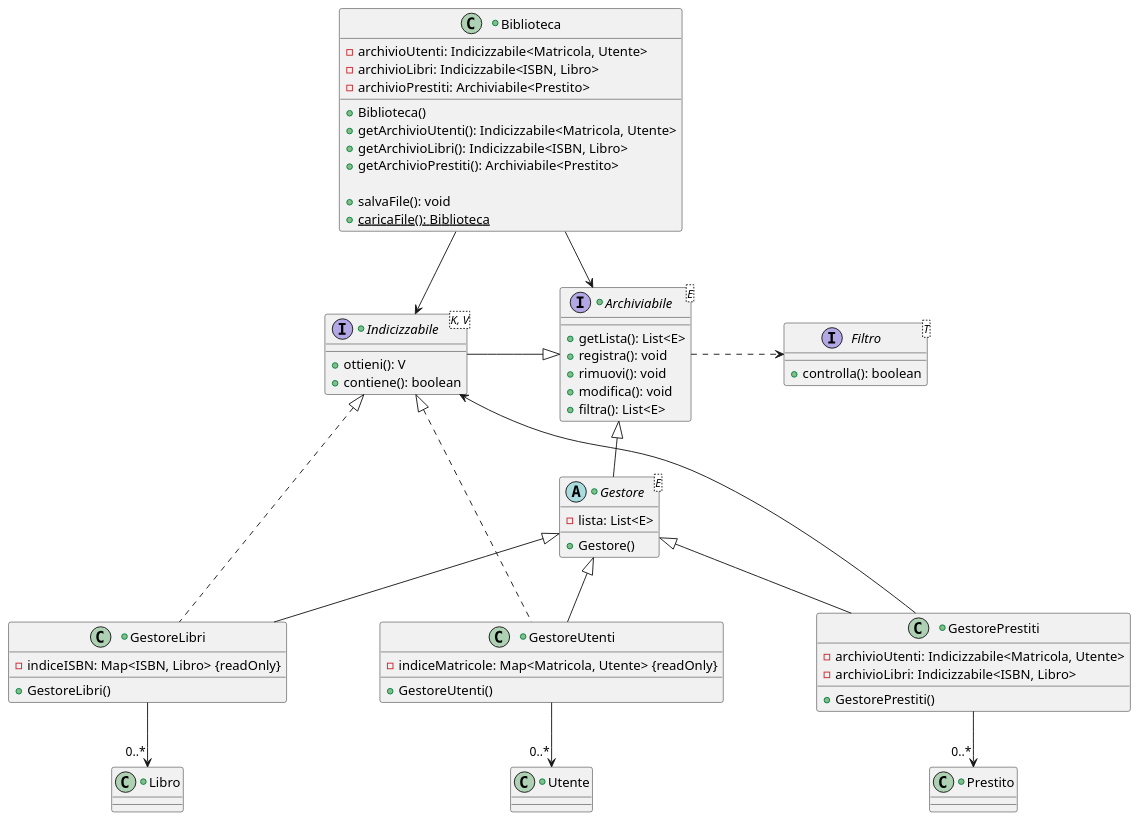
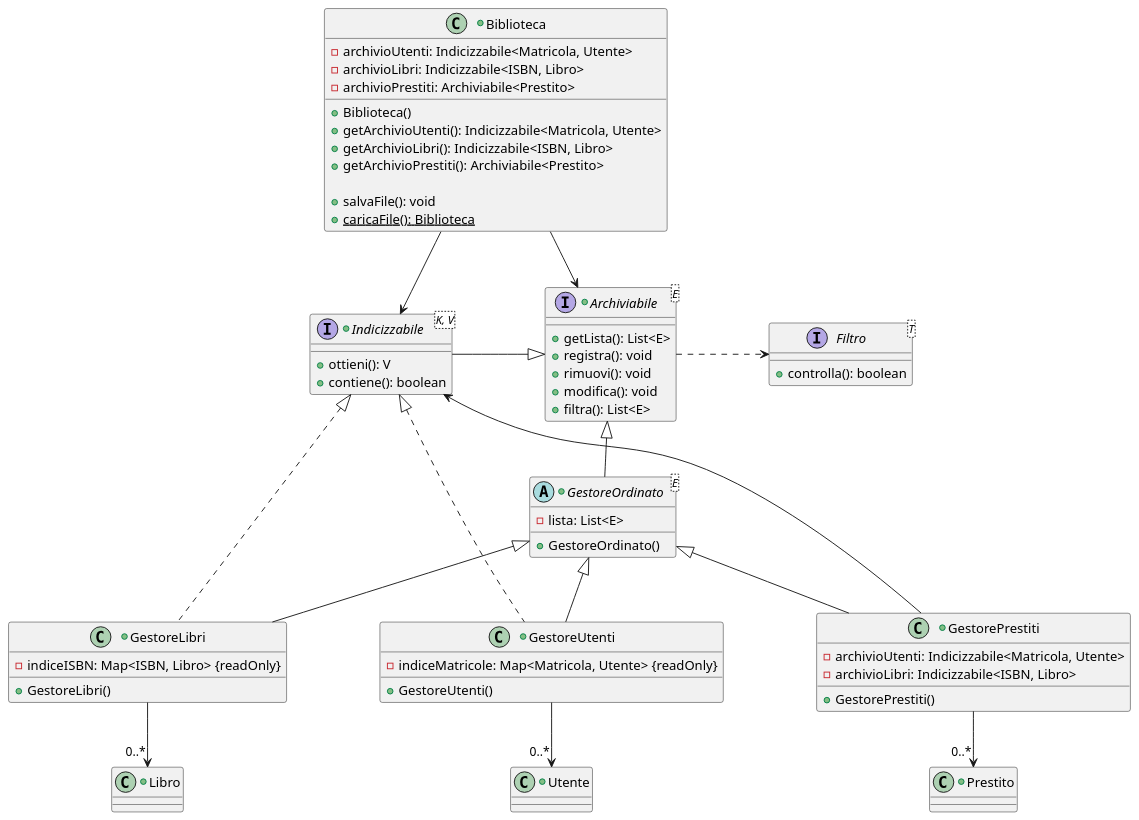
The diagram in docs/uml/classesGestori.puml (Meziu/easylibrary), drawn with PlantUML before and after one commit.

Commit message:
Modifica nome Gestore

```diff
--- a/docs/uml/classesGestori.puml
+++ b/docs/uml/classesGestori.puml
@@ -1,93 +1,93 @@
 @startuml
 skinparam nodesep 100
 scale 1400*1400
 
 interface Filtro<T> {
     +controlla(): boolean
 }
 
 together {
     +interface Archiviabile<E> {
         +getLista(): List<E>
         +registra(): void
         +rimuovi(): void
         +modifica(): void
         +filtra(): List<E>
     }
 
     +interface Indicizzabile<K, V> {
         +ottieni(): V
         +contiene(): boolean
     }
 }
 
 +class Utente {
 }
 
 +class Libro{
 }
 
 +class Prestito{
 }
 
 
 +class Biblioteca {
     -archivioUtenti: Indicizzabile<Matricola, Utente>
     -archivioLibri: Indicizzabile<ISBN, Libro>
     -archivioPrestiti: Archiviabile<Prestito>
 
     +Biblioteca()
     +getArchivioUtenti(): Indicizzabile<Matricola, Utente>
     +getArchivioLibri(): Indicizzabile<ISBN, Libro>
     +getArchivioPrestiti(): Archiviabile<Prestito>
 
     +salvaFile(): void
     +caricaFile(): Biblioteca {static}
 }
 
-+abstract class Gestore<E> {
++abstract class GestoreOrdinato<E> {
     -lista: List<E>
 
-    +Gestore()
+    +GestoreOrdinato()
 }
 
 together {
-    +class GestoreLibri extends Gestore {
+    +class GestoreLibri extends GestoreOrdinato {
         -indiceISBN: Map<ISBN, Libro> {readOnly}
 
         +GestoreLibri()
     }
 
 
-    +class GestoreUtenti extends Gestore {
+    +class GestoreUtenti extends GestoreOrdinato {
         -indiceMatricole: Map<Matricola, Utente> {readOnly}
 
         +GestoreUtenti()
     }
 
 
-    +class GestorePrestiti extends Gestore {
+    +class GestorePrestiti extends GestoreOrdinato {
         -archivioUtenti: Indicizzabile<Matricola, Utente>
         -archivioLibri: Indicizzabile<ISBN, Libro>
 
         +GestorePrestiti()
     }
 }
 
-Gestore -up-|> Archiviabile
+GestoreOrdinato -up-|> Archiviabile
 
 Biblioteca --> Archiviabile
 Biblioteca --> Indicizzabile
 
 Indicizzabile -right-|> Archiviabile
 Archiviabile .right.> Filtro
 
 GestoreLibri .up.|> Indicizzabile
 GestoreUtenti .up.|> Indicizzabile
 
 GestorePrestiti -left-> Indicizzabile
 
 GestoreUtenti --> "0..*" Utente
 GestoreLibri --> "0..*" Libro
 GestorePrestiti --> "0..*" Prestito
 @enduml
```
